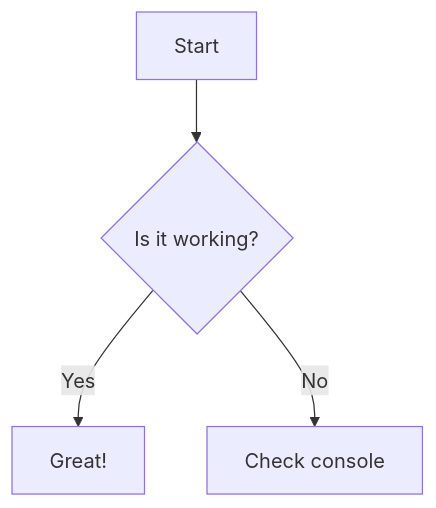
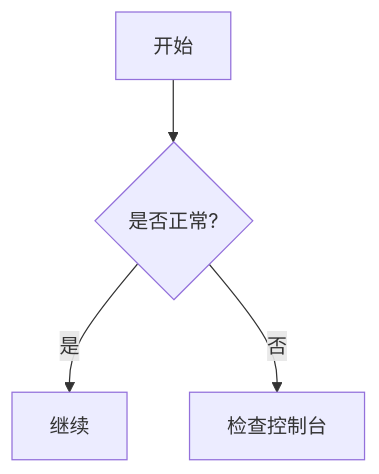
The diagram in docs/zh/doc/pluginsGuide.md (Mafuyu404/CrychicDoc), drawn with Mermaid before and after one commit. The commit also changed other lines of this file and 1218 other files, not shown here.

````diff
--- a/docs/zh/doc/pluginsGuide.md
+++ b/docs/zh/doc/pluginsGuide.md
@@ -671,6 +728,6 @@
 ```mermaid
 graph TD
-    A[Start] --> B{Is it working?};
-    B -- Yes --> C[Great!];
-    B -- No --> D[Check console];
+    A[开始] --> B{是否正常?};
+    B -- 是 --> C[继续];
+    B -- 否 --> D[检查控制台];
 ```
````
